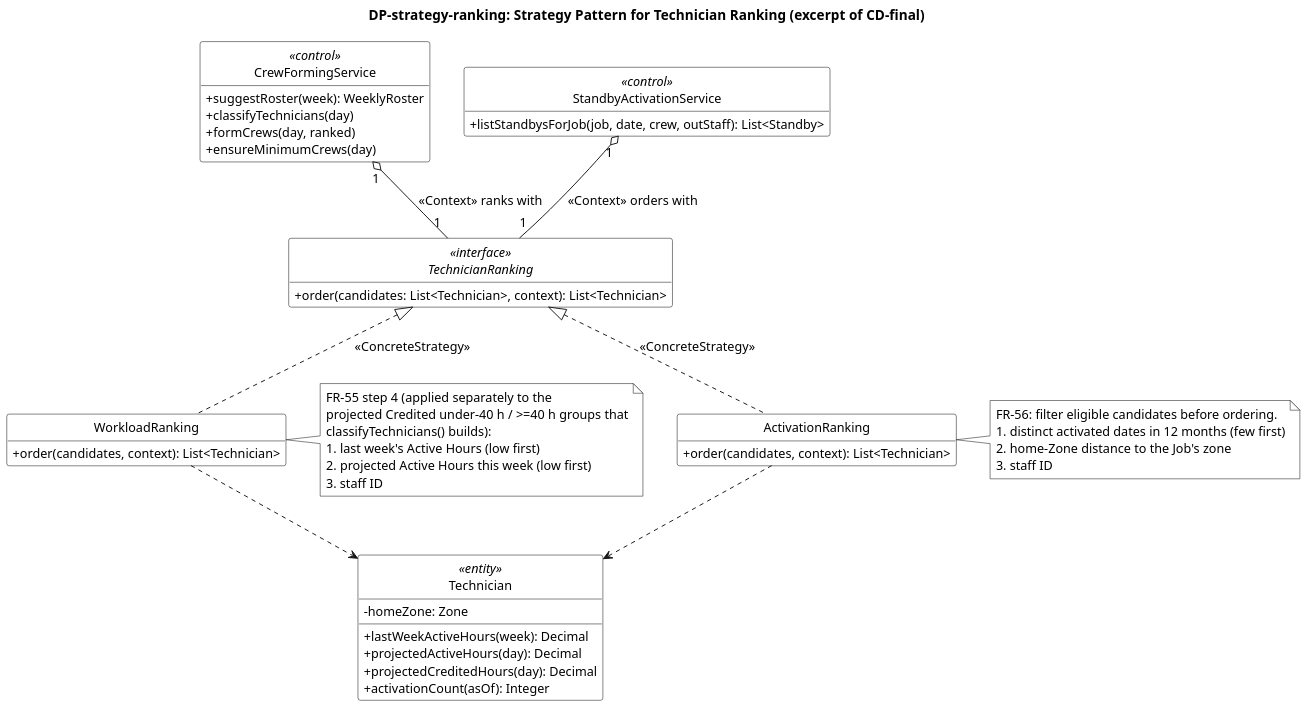
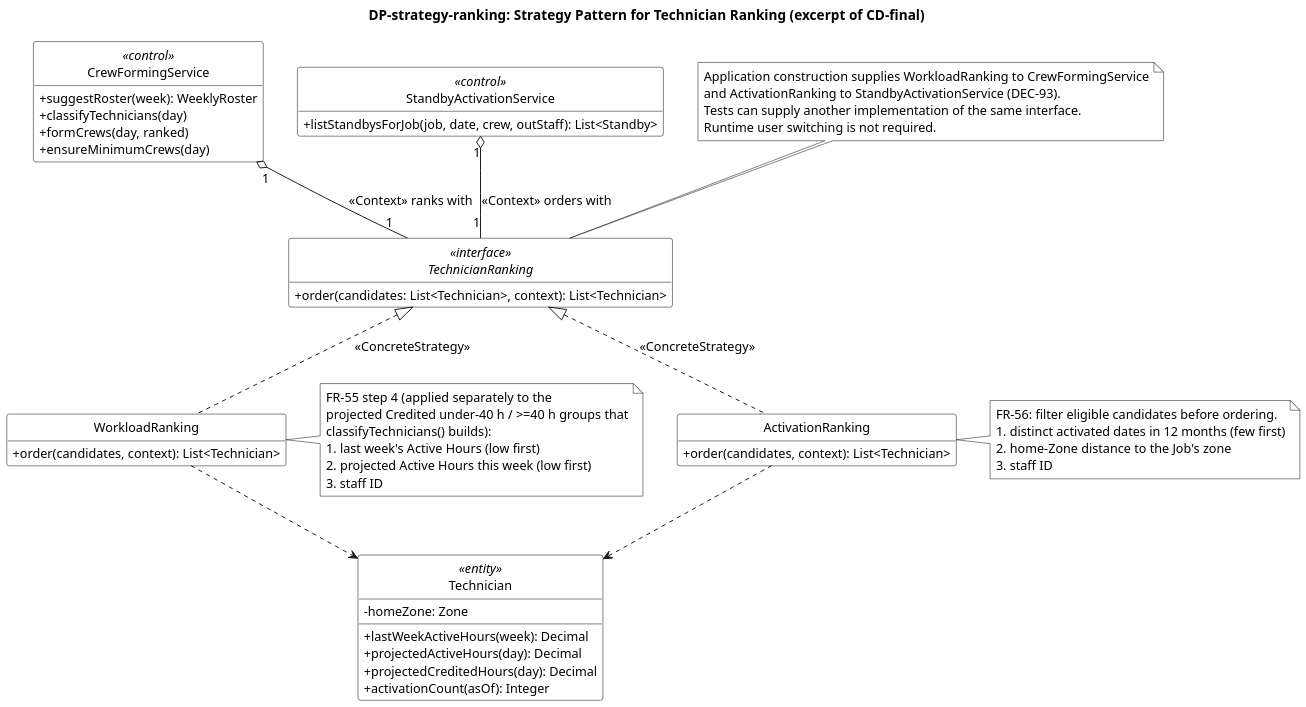
Before and after one commit to ZadeNova/inf2001-SE: the diagram in diagrams/DP-strategy-ranking.puml, drawn with PlantUML. The commit also changed 19 other files, not shown here.

```diff
--- a/diagrams/DP-strategy-ranking.puml
+++ b/diagrams/DP-strategy-ranking.puml
@@ -1,66 +1,73 @@
 @startuml DP-strategy-ranking
 skinparam backgroundColor white
 skinparam shadowing false
 skinparam defaultFontName Arial
 skinparam defaultFontSize 13
 skinparam dpi 150
 skinparam classAttributeIconSize 0
 skinparam classBackgroundColor white
 skinparam classBorderColor black
 skinparam noteBackgroundColor white
 skinparam noteBorderColor black
 hide circle
 hide empty members
 title DP-strategy-ranking: Strategy Pattern for Technician Ranking (excerpt of CD-final)
 ' Traces: FR-55, FR-56; DEC-80, DEC-81, DEC-93, DEC-96, DEC-97. Report §3.2.
 ' Roles: Context = CrewFormingService, StandbyActivationService; Strategy = TechnicianRanking;
 ' ConcreteStrategy = WorkloadRanking, ActivationRanking.
 
 class CrewFormingService <<control>> {
  +suggestRoster(week): WeeklyRoster
  +classifyTechnicians(day)
  +formCrews(day, ranked)
  +ensureMinimumCrews(day)
 }
 class StandbyActivationService <<control>> {
  +listStandbysForJob(job, date, crew, outStaff): List<Standby>
 }
 interface TechnicianRanking <<interface>> {
  +order(candidates: List<Technician>, context): List<Technician>
 }
 class WorkloadRanking {
  +order(candidates, context): List<Technician>
 }
 class ActivationRanking {
  +order(candidates, context): List<Technician>
 }
 class Technician <<entity>> {
  -homeZone: Zone
  +lastWeekActiveHours(week): Decimal
  +projectedActiveHours(day): Decimal
  +projectedCreditedHours(day): Decimal
  +activationCount(asOf): Integer
 }
 
 CrewFormingService "1" o-- "1" TechnicianRanking : <<Context>> ranks with
 StandbyActivationService "1" o-- "1" TechnicianRanking : <<Context>> orders with
 TechnicianRanking <|.. WorkloadRanking : <<ConcreteStrategy>>
 TechnicianRanking <|.. ActivationRanking : <<ConcreteStrategy>>
 WorkloadRanking ..> Technician
 ActivationRanking ..> Technician
 
+note top of TechnicianRanking
+ Application construction supplies WorkloadRanking to CrewFormingService
+ and ActivationRanking to StandbyActivationService (DEC-93).
+ Tests can supply another implementation of the same interface.
+ Runtime user switching is not required.
+end note
+
 note right of WorkloadRanking
  FR-55 step 4 (applied separately to the
  projected Credited under-40 h / >=40 h groups that
  classifyTechnicians() builds):
  1. last week's Active Hours (low first)
  2. projected Active Hours this week (low first)
  3. staff ID
 end note
 note right of ActivationRanking
  FR-56: filter eligible candidates before ordering.
  1. distinct activated dates in 12 months (few first)
  2. home-Zone distance to the Job's zone
  3. staff ID
 end note
 @enduml
```
